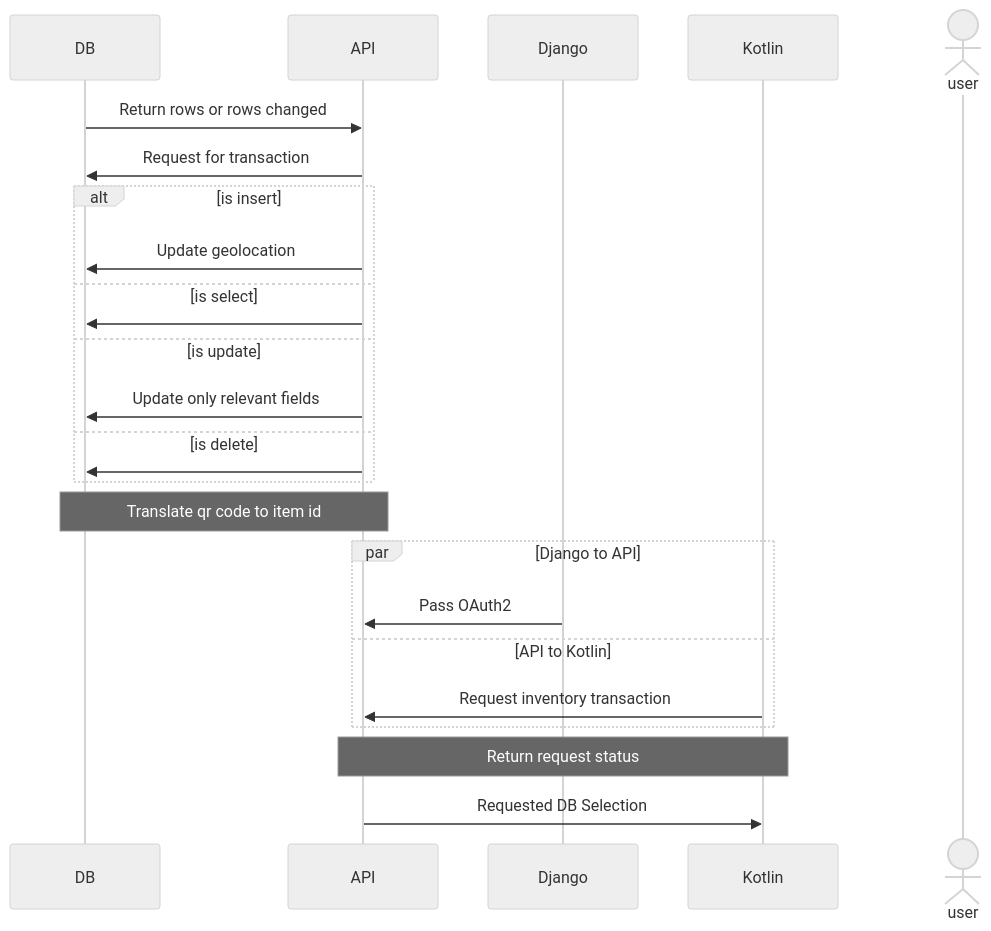
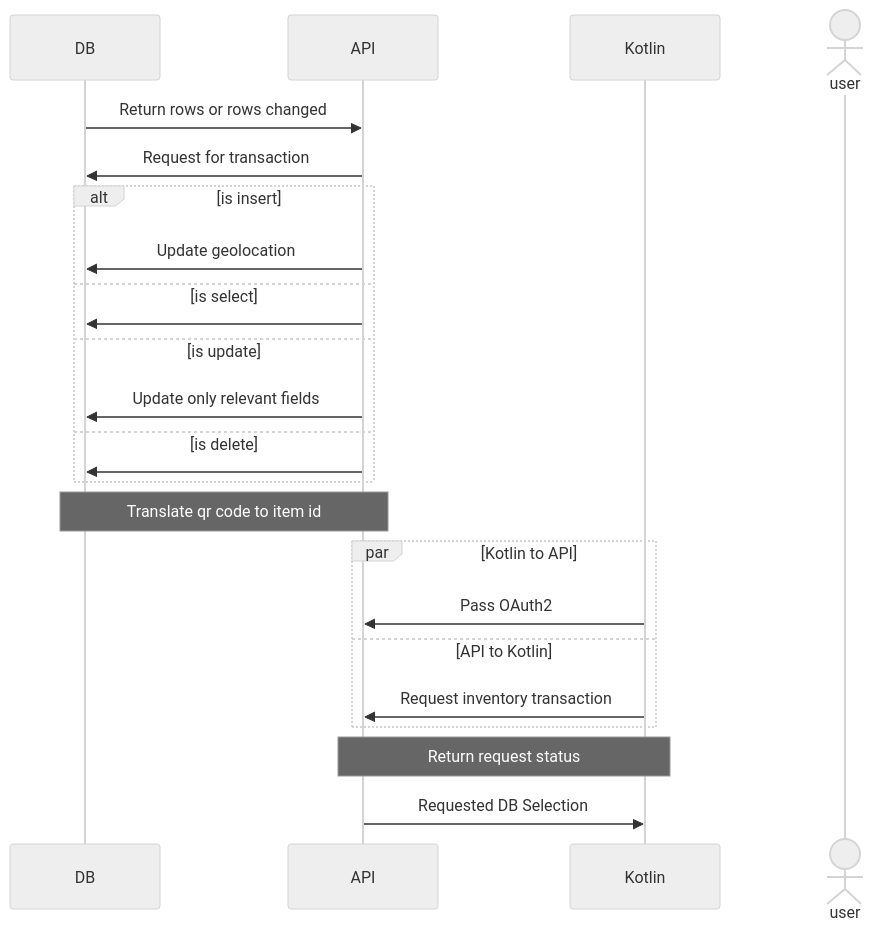
One commit to Andrew-Shepard/qstars-android-ui changed the diagram in README.md. Above: the diagram before and after it, drawn with Mermaid (neutral theme).

````diff
--- a/README.md
+++ b/README.md
@@ -4,23 +4,23 @@
 ```mermaid
 sequenceDiagram
 DB->>API: Return rows or rows changed
 API->>DB: Request for transaction
 alt is insert
     API->>DB: Update geolocation
 else is select
     API->>DB: 
 else is update
     API->>DB: Update only relevant fields
 else is delete
     API->>DB: 
 end
 Note over API,DB: Translate qr code to item id
-par Django to API
-    Django->>API: Pass OAuth2
+par Kotlin to API
+    Kotlin->>API: Pass OAuth2
 and API to Kotlin
     Kotlin->>API: Request inventory transaction
 end
 Note over Kotlin,API: Return request status
 API->>Kotlin: Requested DB Selection
 actor user
 ```
````
